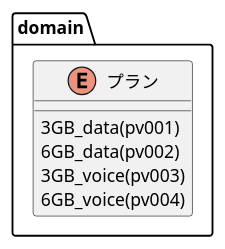
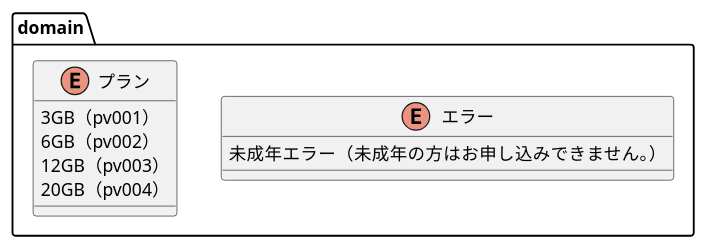
One commit to suzuki-hoge/genbade-ddd-tokyo changed the diagram in 9-plan-before.puml. Above: the diagram before and after it, drawn with PlantUML. The commit also changed 177 other files, not shown here.

```diff
--- a/9-plan-before.puml
+++ b/9-plan-before.puml
@@ -1,12 +1,15 @@
 @startuml
 
 package domain {
+  enum エラー {
+    未成年エラー（未成年の方はお申し込みできません。）
+  }
   enum プラン {
-    3GB_data(pv001)
-    6GB_data(pv002)
-    3GB_voice(pv003)
-    6GB_voice(pv004)
+    3GB（pv001）
+    6GB（pv002）
+    12GB（pv003）
+    20GB（pv004）
   }
 }
 
 @enduml
```
